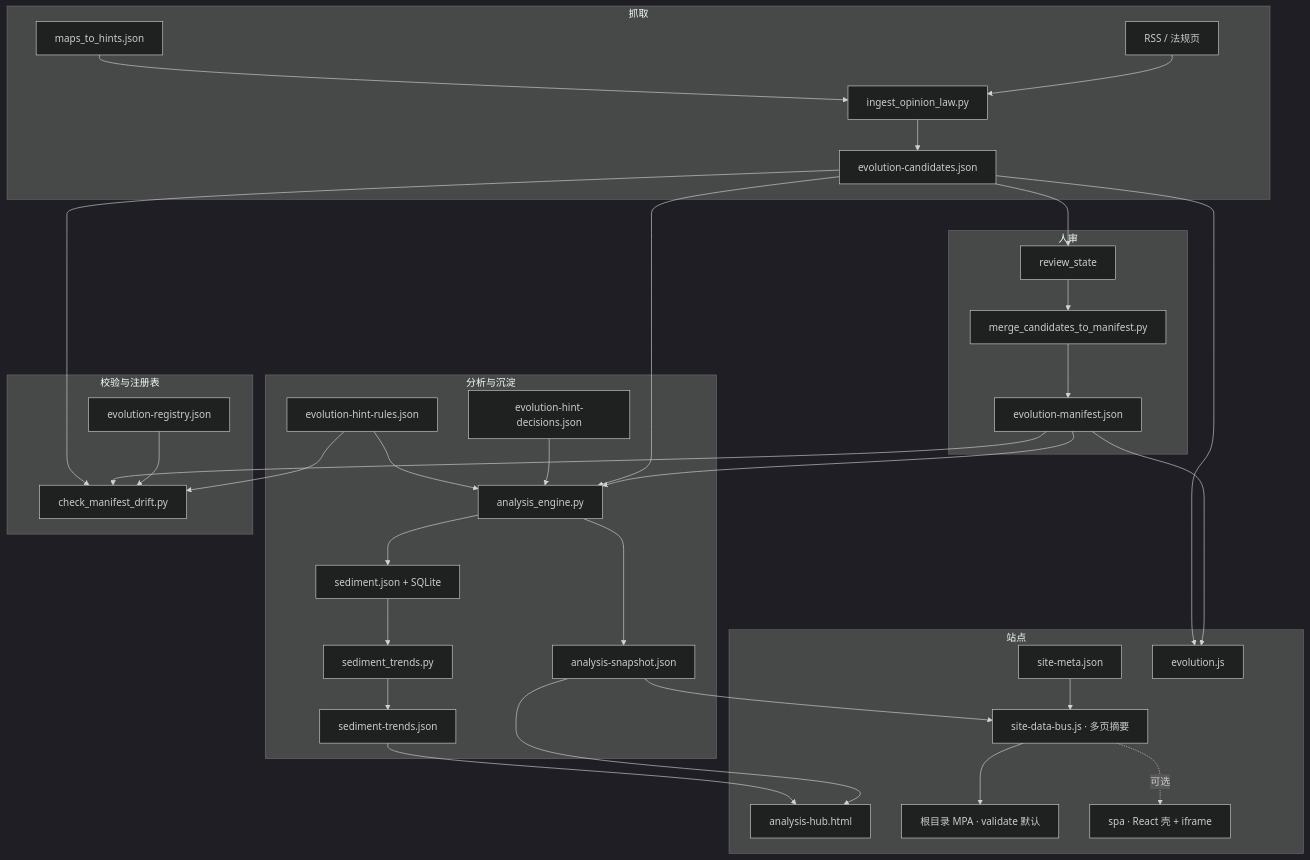
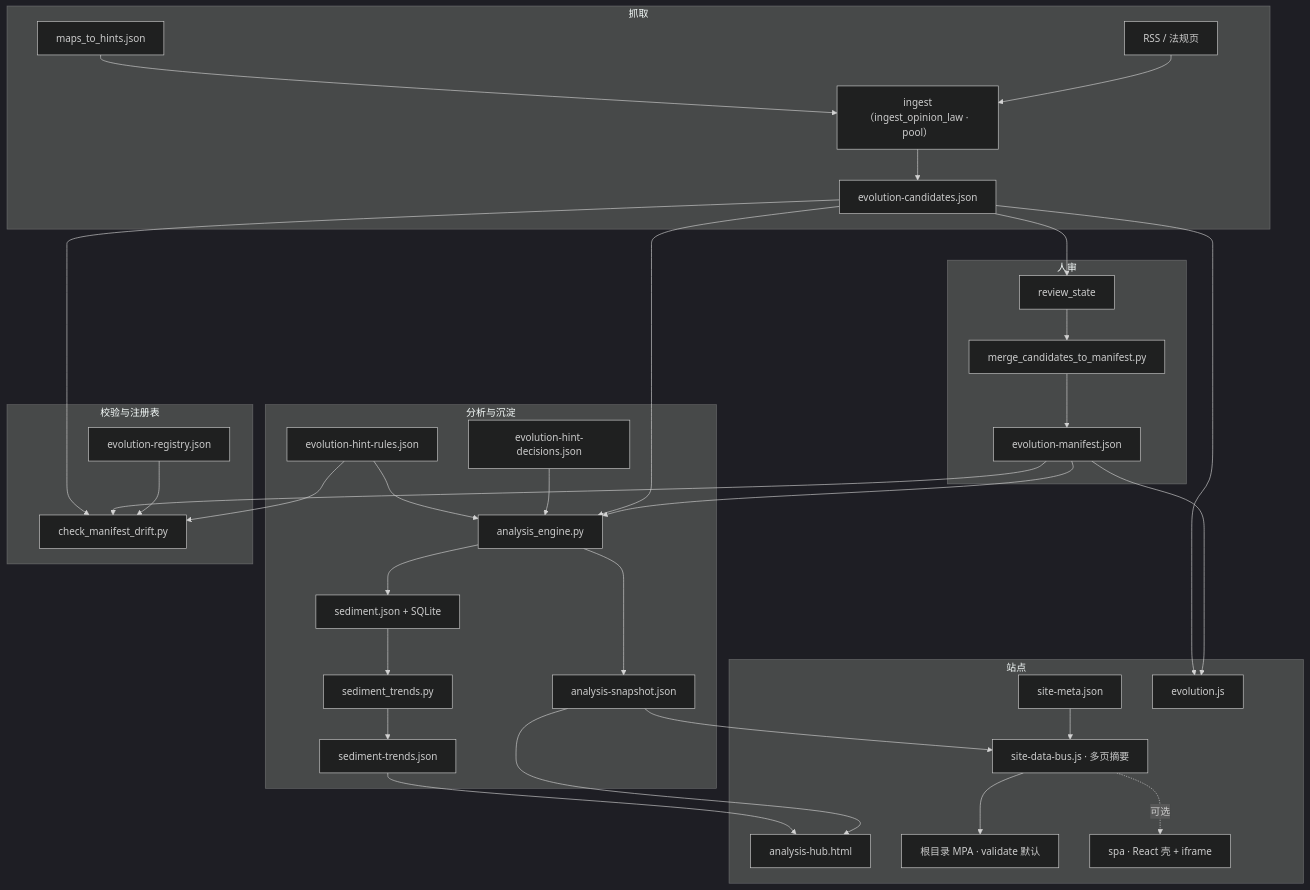
The first of 2 diagrams in docs/ARCHITECTURE.md (smartseanchain/ai-base-arch-evolution), drawn with Mermaid (dark theme) before and after one commit. The commit also changed other lines of this file and 234 other files, not shown here.

````diff
--- a/docs/ARCHITECTURE.md
+++ b/docs/ARCHITECTURE.md
@@ -9,40 +13,40 @@
 ```mermaid
 flowchart TB
   subgraph ingest [抓取]
-    RSS[RSS / 法规页] --> IC[ingest_opinion_law.py]
+    RSS[RSS / 法规页] --> IC["ingest（ingest_opinion_law · pool）"]
     IC --> Cand[evolution-candidates.json]
     Hints[maps_to_hints.json] --> IC
   end
   subgraph human [人审]
     Cand --> Rev[review_state]
     Rev --> Merge[merge_candidates_to_manifest.py]
     Merge --> Man[evolution-manifest.json]
   end
   subgraph analyze [分析与沉淀]
     Man --> AE[analysis_engine.py]
     Cand --> AE
     Dec[evolution-hint-decisions.json] --> AE
     Rules[evolution-hint-rules.json] --> AE
     AE --> Snap[analysis-snapshot.json]
     AE --> Sed[sediment.json + SQLite]
     Sed --> Tr[sediment_trends.py]
     Tr --> ST[sediment-trends.json]
   end
   subgraph gate [校验与注册表]
     Reg[evolution-registry.json]
     Reg --> Drift[check_manifest_drift.py]
     Man --> Drift
     Cand --> Drift
     Rules --> Drift
   end
   subgraph site [站点]
     Snap --> Hub[analysis-hub.html]
     ST --> Hub
     Snap --> Bus[site-data-bus.js · 多页摘要]
     SM[site-meta.json] --> Bus
     Man --> Evo[evolution.js]
     Cand --> Evo
     Bus --> MPA[根目录 MPA · validate 默认]
     Bus -.可选.-> SPA[spa · React 壳 + iframe]
   end
 ```
````
